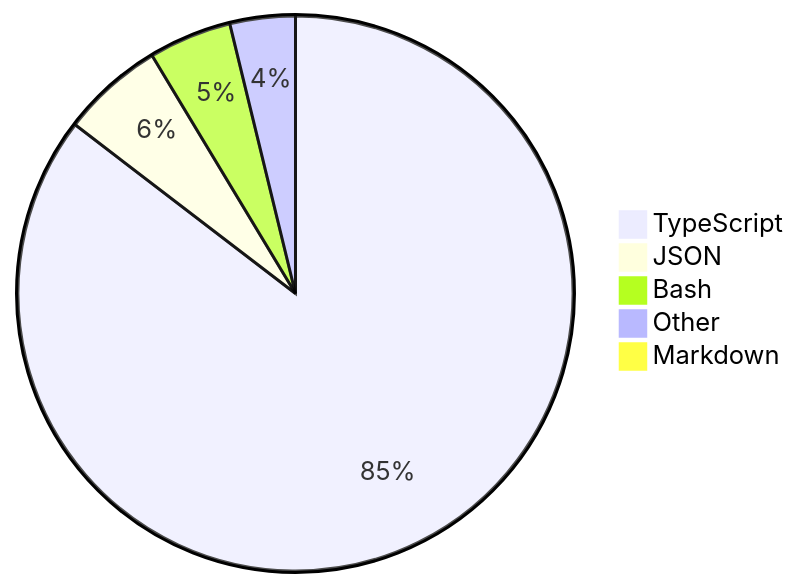
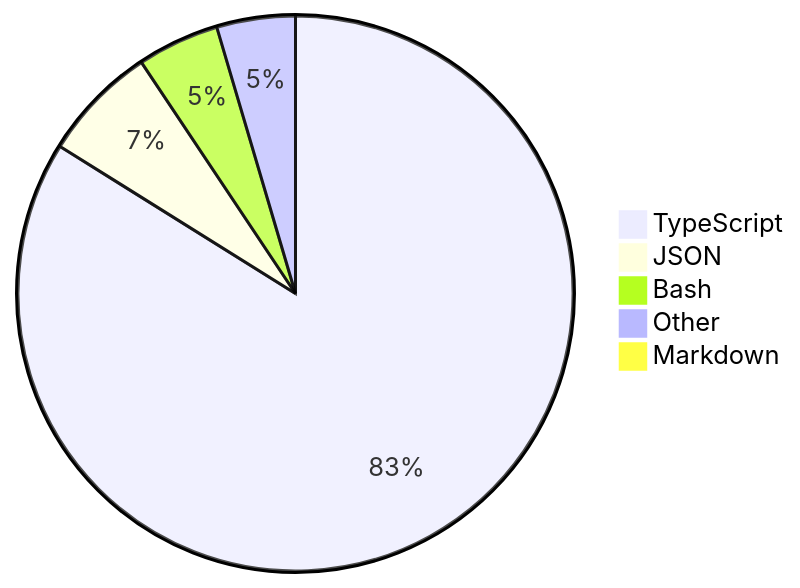
One commit to skvggor/skvggor changed the diagram in README.md. Above: the diagram before and after it, drawn with Mermaid.

Commit message:
Updated waka-readme graph with new metrics

````diff
--- a/README.md
+++ b/README.md
@@ -16,8 +16,8 @@
 ```mermaid
 pie
-    "TypeScript" : 83.1
-    "JSON" : 5.8
-    "Bash" : 4.7
-    "Other" : 3.7
+    "TypeScript" : 80.7
+    "JSON" : 6.5
+    "Bash" : 4.6
+    "Other" : 4.4
     "Markdown" : 0.9
 ```
````
